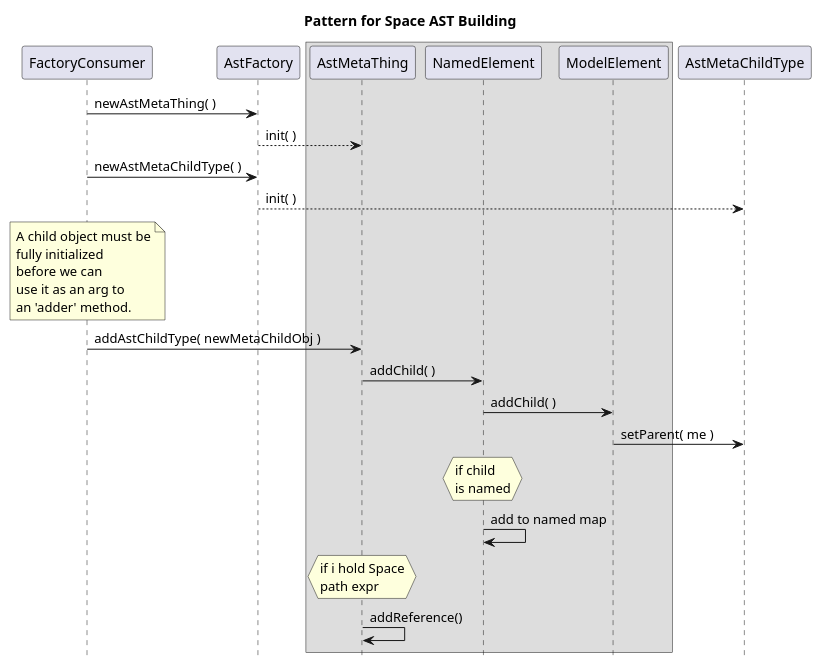
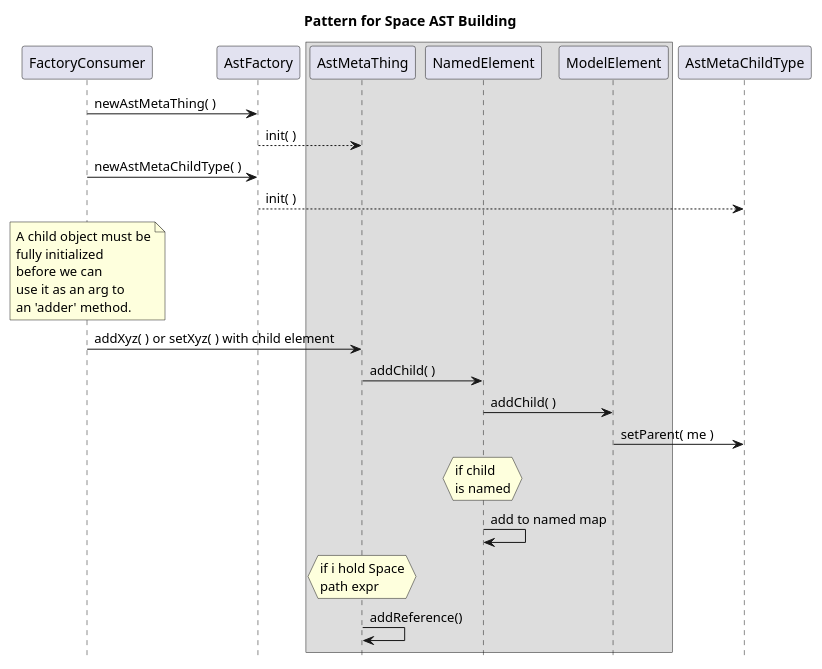
One commit to jimcoles/space-java changed the diagram in plant-doc/ast-builder-seq.puml. Above: the diagram before and after it, drawn with PlantUML. The commit also changed 75 other files, not shown here.

```diff
--- a/plant-doc/ast-builder-seq.puml
+++ b/plant-doc/ast-builder-seq.puml
@@ -1,39 +1,39 @@
 @startuml
 
 title Pattern for Space AST Building
 hide footbox
 
 participant FactoryConsumer
 participant AstFactory
 
 box
     participant AstMetaThing
     participant NamedElement
     participant ModelElement
 end box
 
 participant AstMetaChildType
 
 FactoryConsumer -> AstFactory : newAstMetaThing( )
 AstFactory --> AstMetaThing : init( )
 FactoryConsumer -> AstFactory : newAstMetaChildType( )
 AstFactory --> AstMetaChildType : init( )
 note over FactoryConsumer
     A child object must be
     fully initialized
     before we can
     use it as an arg to
     an 'adder' method.
 end note
-FactoryConsumer -> AstMetaThing : addAstChildType( newMetaChildObj )
+FactoryConsumer -> AstMetaThing : addXyz( ) or setXyz( ) with child element
 AstMetaThing -> NamedElement : addChild( )
 NamedElement -> ModelElement : addChild( )
 ModelElement -> AstMetaChildType : setParent( me )
 
 hnote over NamedElement : if child\nis named
 NamedElement -> NamedElement : add to named map
 
 hnote over AstMetaThing : if i hold Space\npath expr
 AstMetaThing -> AstMetaThing : addReference()
 
 @enduml
```
